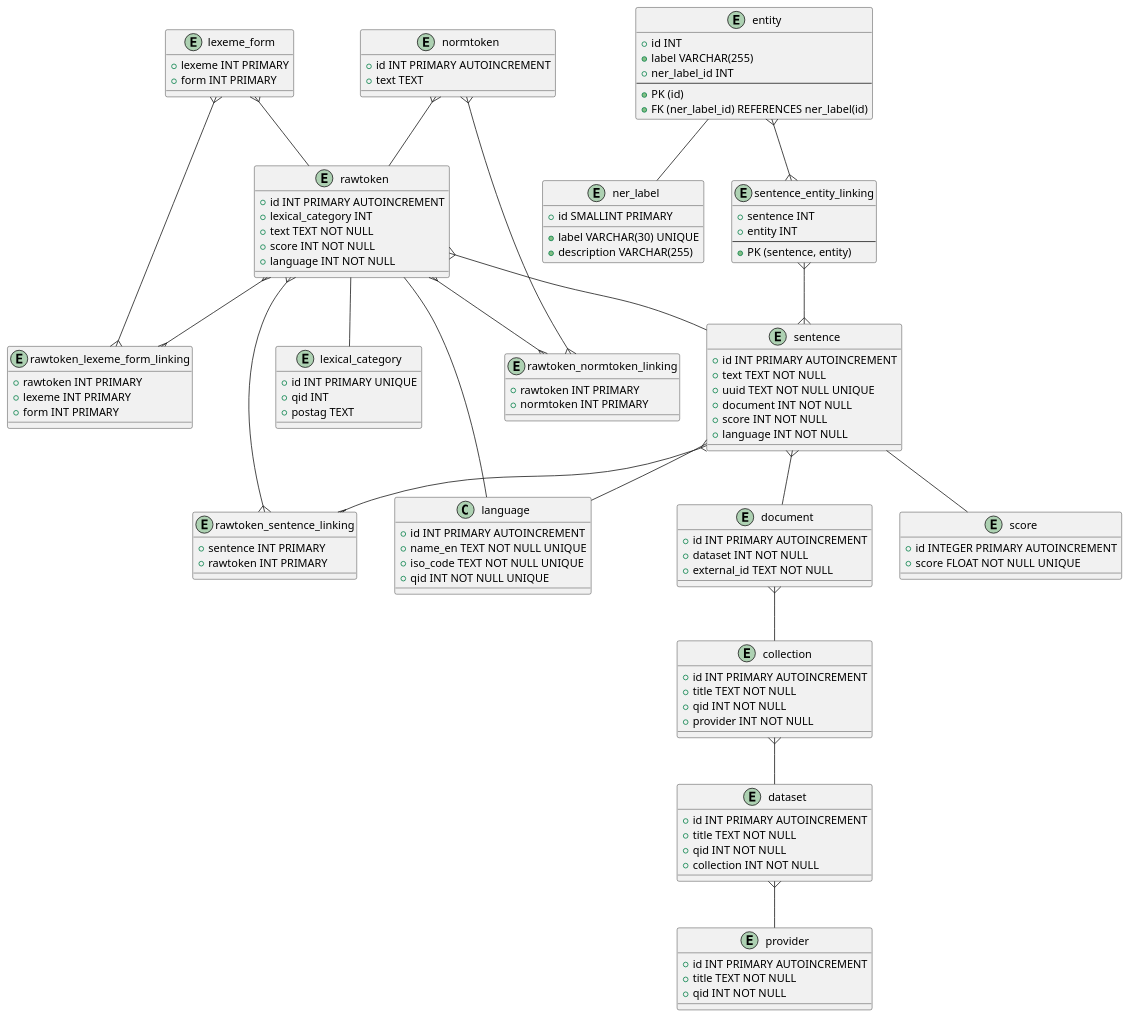
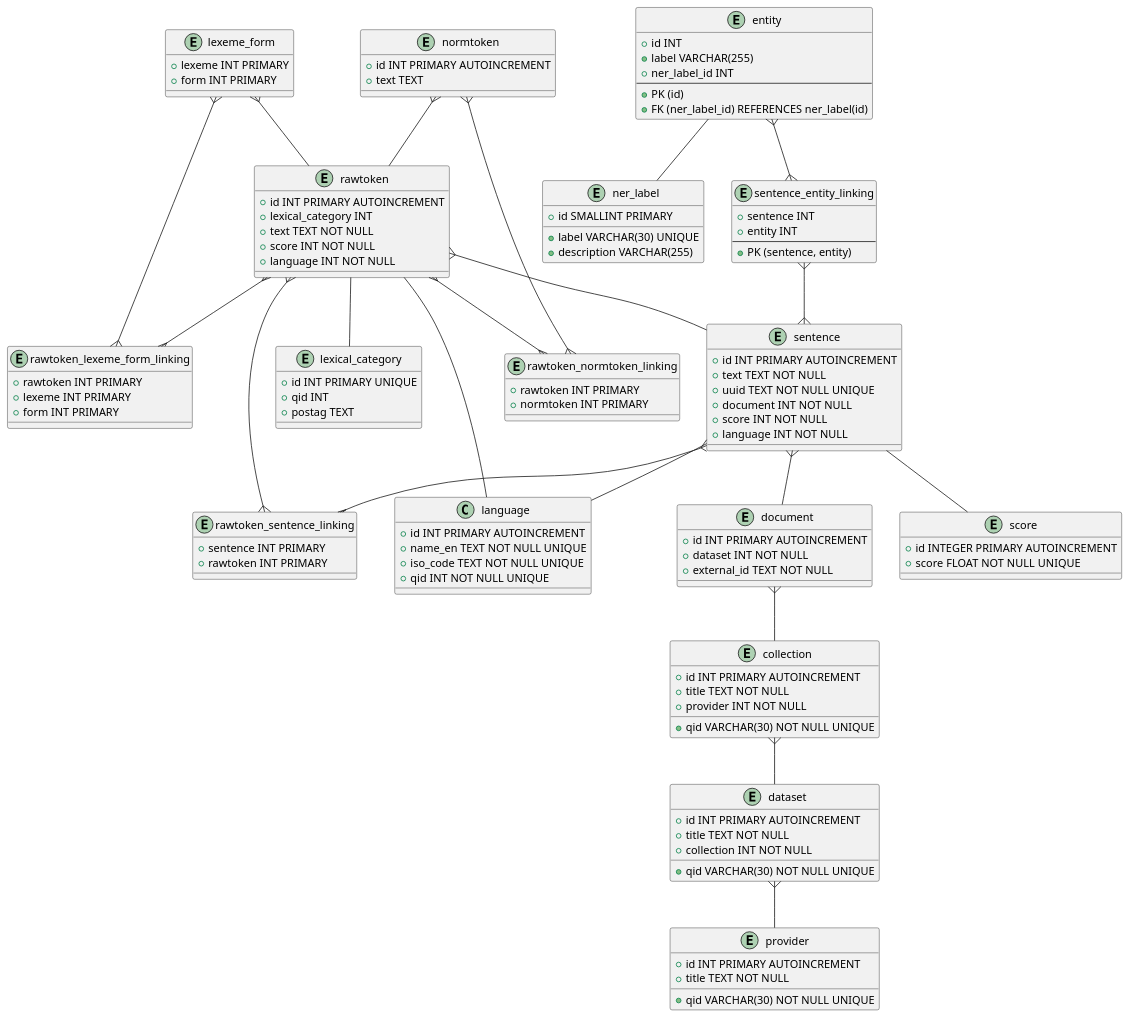
Before and after one commit to dpriskorn/riksdagen_sentences: the diagram in diagrams/datamodel.puml, drawn with PlantUML. The commit also changed 1 other file, not shown here.

Commit message:
fix: Update datatypes for qid

```diff
--- a/diagrams/datamodel.puml
+++ b/diagrams/datamodel.puml
@@ -1,163 +1,163 @@
 @startuml
 '' Store information about token, lexical category and
 
 '' This is needed to distinguish forms
 '' VERB and AUX link to the same qid
 entity lexical_category {
     + id INT PRIMARY UNIQUE
     + qid INT
     + postag TEXT
 }
 
 '' The ISO 639-1 code is stored like in the yml like so: 'en'
 class language {
     + id INT PRIMARY AUTOINCREMENT
     + name_en TEXT NOT NULL UNIQUE
     + iso_code TEXT NOT NULL UNIQUE
     + qid INT NOT NULL UNIQUE
 }
 '' e.g. Riksdagenförvaltningen Q10655176)
 entity provider {
     + id INT PRIMARY AUTOINCREMENT
     + title TEXT NOT NULL
-    + qid INT NOT NULL
+    + qid VARCHAR(30) NOT NULL UNIQUE
 }
 '' e.g. Riksdagens öppna data Q108560253
 '' QID for this term: Q59294700
 entity collection {
     + id INT PRIMARY AUTOINCREMENT
     + title TEXT NOT NULL
-    + qid INT NOT NULL
+    + qid VARCHAR(30) NOT NULL UNIQUE
     + provider INT NOT NULL
 }
 
 '' dataset is e.g. departementserien Q123501464
 entity dataset {
     + id INT PRIMARY AUTOINCREMENT
     + title TEXT NOT NULL
-    + qid INT NOT NULL
+    + qid VARCHAR(30) NOT NULL UNIQUE
     + collection INT NOT NULL
 }
 
 '' e.g. GNB465, see https://www.riksdagen.se/sv/dokument-och-lagar/dokument/departementsserien/ds-1999-65-_gnb465/
 entity document {
     + id INT PRIMARY AUTOINCREMENT
     + dataset INT NOT NULL
     + external_id TEXT NOT NULL
 }
 
 '' sentences is detected by the spaCy NLP
 entity sentence {
     + id INT PRIMARY AUTOINCREMENT
     + text TEXT NOT NULL
     + uuid TEXT NOT NULL UNIQUE
     + document INT NOT NULL
     + score INT NOT NULL
     + language INT NOT NULL
 }
 
 '' linking table
 entity rawtoken_sentence_linking {
     + sentence INT PRIMARY
     + rawtoken INT PRIMARY
 }
 
 '' lexeme form ids can be matched later on to forms
 entity lexeme_form {
     + lexeme INT PRIMARY
     + form INT PRIMARY
 }
 
 '' linking table
 entity rawtoken_lexeme_form_linking {
     + rawtoken INT PRIMARY
     + lexeme INT PRIMARY
     + form INT PRIMARY
 }
 
 '' raw tokens appear in sentences as output form the NLP and have a lexical category
 '' they have a composite primary key hardcoding them to a specific lexical category
 '' text + lexical_category_id + language = UNIQUE
 entity rawtoken {
     + id INT PRIMARY AUTOINCREMENT
     + lexical_category INT
     + text TEXT NOT NULL
     + score INT NOT NULL
     + language INT NOT NULL
 }
 
 '' This prevents duplication of scores in the database on every token and sentence
 entity score {
     + id INTEGER PRIMARY AUTOINCREMENT
     + score FLOAT NOT NULL UNIQUE
 }
 
 '' normalized tokens are derived from raw tokens and have no lexical category
 '' They help users who want to lookup variations of any given token
 '' e.g. the form Hus has the normalized token hus
 '' e.g. the form statsminister has the normalized token statsminister
 entity normtoken {
     + id INT PRIMARY AUTOINCREMENT
     + text TEXT
 }
 
 '' link table between forms and normalized tokens
 entity rawtoken_normtoken_linking {
     + rawtoken INT PRIMARY
     + normtoken INT PRIMARY
 }
 
 '' This table holds the NER labels of spaCy
 entity ner_label {
   + id SMALLINT PRIMARY
   + label VARCHAR(30) UNIQUE
   + description VARCHAR(255)
 }
 
 '' This is a unique NER occurrence.
 '' E.g. label: Europe: ner_label_id -> id of 'LOC'
 entity entity {
   + id INT
   + label VARCHAR(255)
   + ner_label_id INT
   --
   + PK (id)
   + FK (ner_label_id) REFERENCES ner_label(id)
 }
 
 '' We only store one unique ner per sentence.
 '' We don't care about the same entity
 '' appearing multiple times in a sentence
 entity sentence_entity_linking {
   + sentence INT
   + entity INT
   --
   + PK (sentence, entity)
 }
 
 ' many to one:
 lexeme_form }-- rawtoken
 normtoken }-- rawtoken
 rawtoken }-- sentence
 sentence }-- document
 document }-- collection
 collection }-- dataset
 dataset }-- provider
 
 ' one to one
 entity -- ner_label
 sentence -- score
 sentence -- language
 rawtoken -- lexical_category
 rawtoken -- language
 
 ' many to many
 rawtoken }--{ rawtoken_normtoken_linking
 normtoken }--{ rawtoken_normtoken_linking
 rawtoken }--{ rawtoken_sentence_linking
 sentence }--{ rawtoken_sentence_linking
 rawtoken }--{ rawtoken_lexeme_form_linking
 lexeme_form }--{ rawtoken_lexeme_form_linking
 sentence_entity_linking }--{ sentence
 entity }--{ sentence_entity_linking
 @enduml
```
